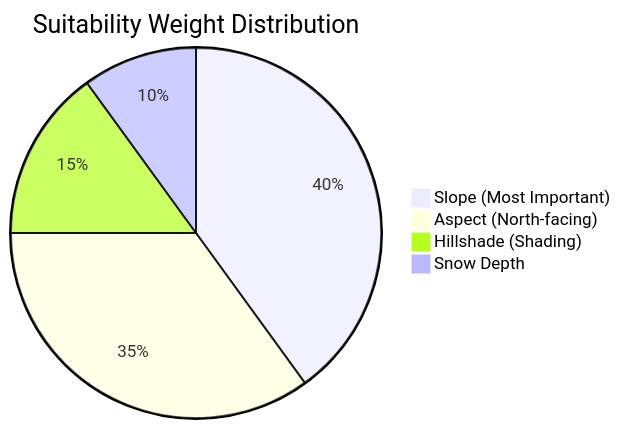
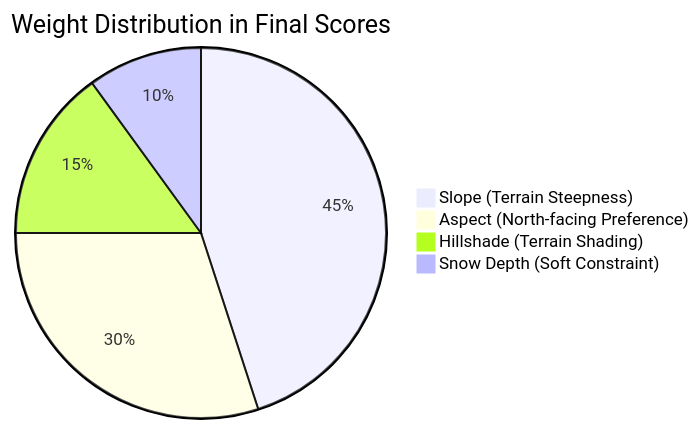
The seventh of 7 diagrams in skiing_resort_analysis/README.md (AmroEid77/GeoCodex), drawn with Mermaid before and after one commit. The commit also changed other lines of this file, not shown here.

````diff
--- a/skiing_resort_analysis/README.md
+++ b/skiing_resort_analysis/README.md
@@ -1015,7 +526,7 @@
 ```mermaid
-pie title Suitability Weight Distribution
-    "Slope (Most Important)" : 40
-    "Aspect (North-facing)" : 35
-    "Hillshade (Shading)" : 15
-    "Snow Depth" : 10
+pie title Weight Distribution in Final Scores
+    " Slope (Terrain Steepness)" : 45
+    " Aspect (North-facing Preference)" : 30
+    " Hillshade (Terrain Shading)" : 15
+    " Snow Depth (Soft Constraint)" : 10
 ```
````
